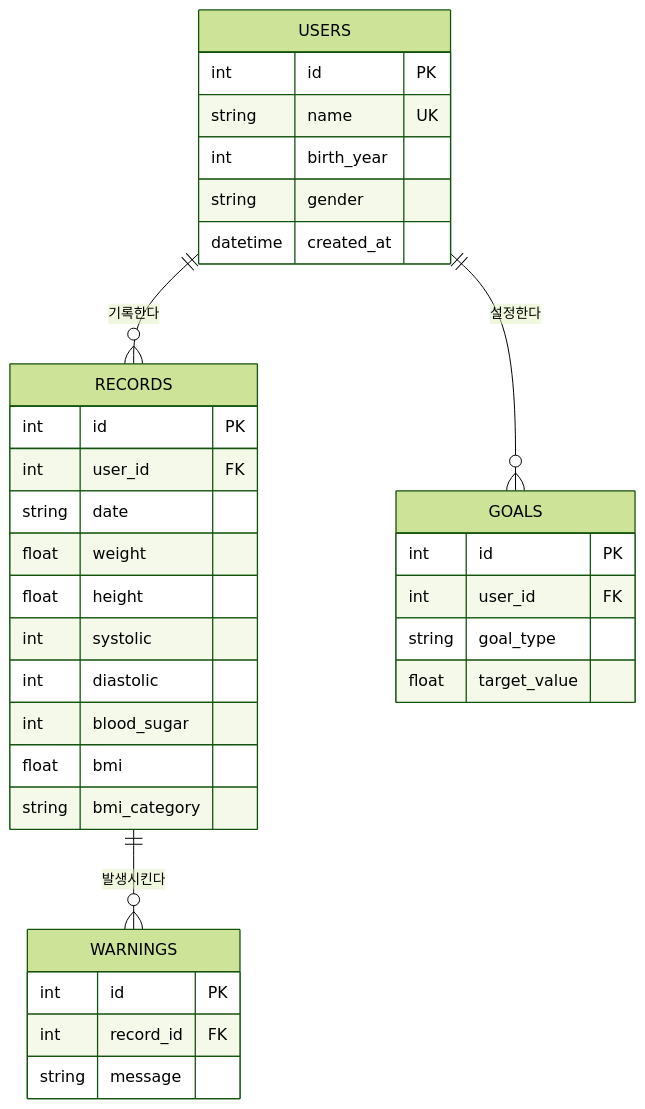
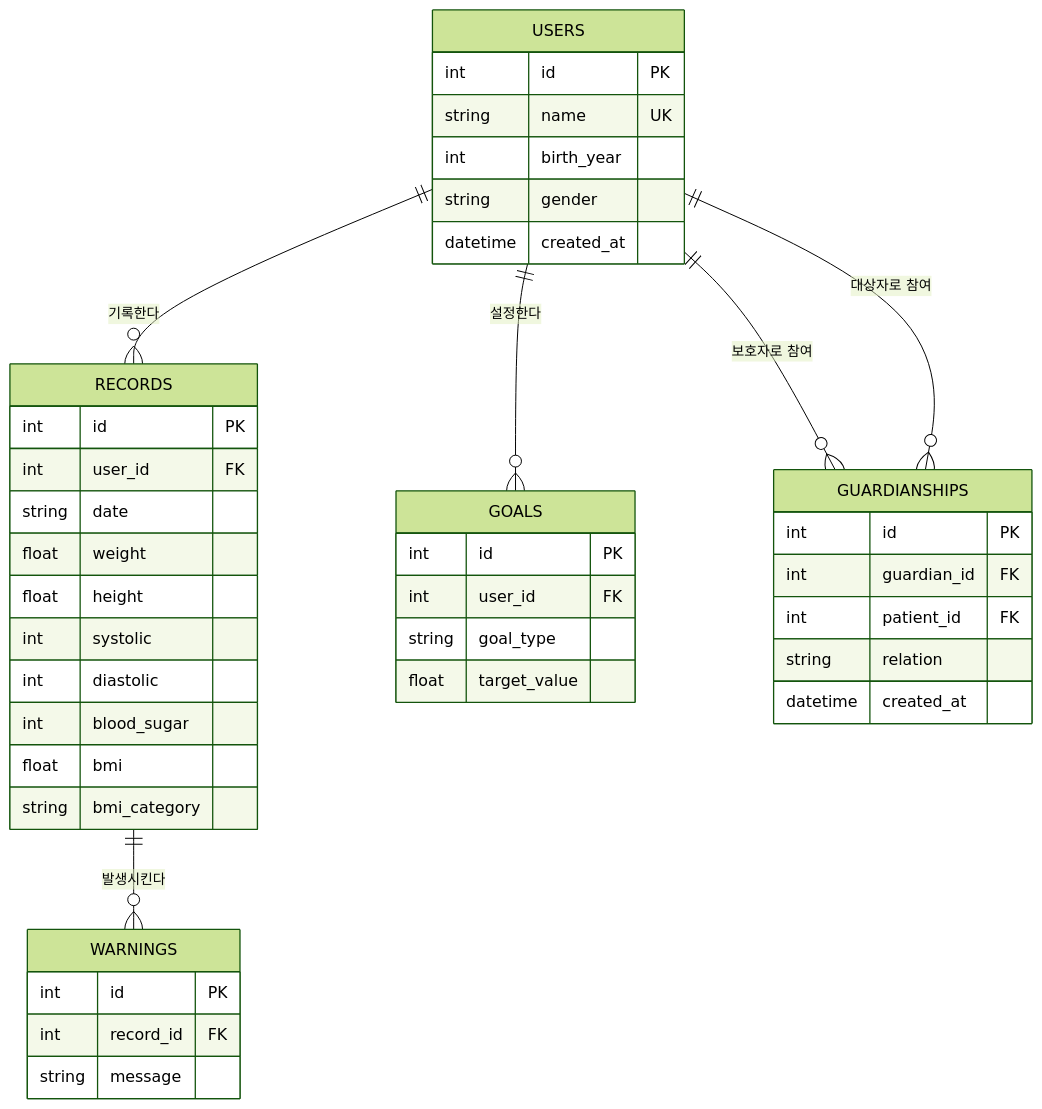
Before and after one commit to kmh4859-dotcom/health-log-api: the diagram in PRD_full.md, drawn with Mermaid (forest theme). The commit also changed other lines of this file and 1 other file, not shown here.

Commit message:
확장: 수치 범위 검증, 보호자-대상자 관계 추가 및 문서 갱신

````diff
--- a/PRD_full.md
+++ b/PRD_full.md
@@ -209,36 +209,45 @@
 ```mermaid
 erDiagram
   USERS ||--o{ RECORDS : "기록한다"
   USERS ||--o{ GOALS : "설정한다"
   RECORDS ||--o{ WARNINGS : "발생시킨다"
+  USERS ||--o{ GUARDIANSHIPS : "보호자로 참여"
+  USERS ||--o{ GUARDIANSHIPS : "대상자로 참여"
   USERS {
     int id PK
     string name UK
     int birth_year
     string gender
     datetime created_at
   }
   RECORDS {
     int id PK
     int user_id FK
     string date
     float weight
     float height
     int systolic
     int diastolic
     int blood_sugar
     float bmi
     string bmi_category
   }
   GOALS {
     int id PK
     int user_id FK
     string goal_type
     float target_value
   }
   WARNINGS {
     int id PK
     int record_id FK
     string message
   }
+  GUARDIANSHIPS {
+    int id PK
+    int guardian_id FK
+    int patient_id FK
+    string relation
+    datetime created_at
+  }
 ```
````
